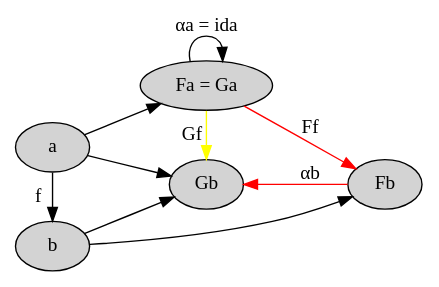
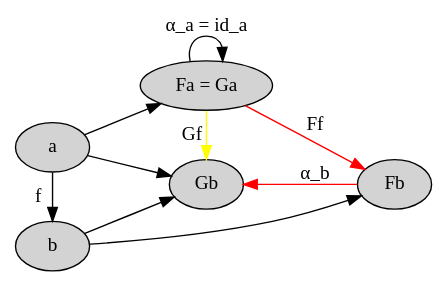
One commit to evenbrenden/ct4p-challenges changed the diagram in chapter17-challenge1-part3.dot. Above: the diagram before and after it, drawn with Graphviz. The commit also changed 25 other files, not shown here.

```diff
--- a/chapter17-challenge1-part3.dot
+++ b/chapter17-challenge1-part3.dot
@@ -1,23 +1,23 @@
 digraph {
   node [style="filled" color="black" fillcolor="lightgray"]
 
   rankdir=LR
   { rank=same a b }
   { rank=same Gb FaGa }
 
   a [label="a"]
   b [label="b"]
   Fb [label="Fb"]
   Gb [label="Gb"]
   FaGa [label="Fa = Ga"]
 
   a -> b [label="f"]
   a -> Gb
   a -> FaGa
   b -> Fb
   b -> Gb
-  FaGa -> FaGa [label="αa = ida"]
+  FaGa -> FaGa [label="α_a = id_a"]
   FaGa -> Fb [label="Ff" color="red"]
-  Fb -> Gb [label="αb" color="red"]
+  Fb -> Gb [label="α_b" color="red"]
   FaGa -> Gb [label="Gf" color="yellow"]
 }
```
